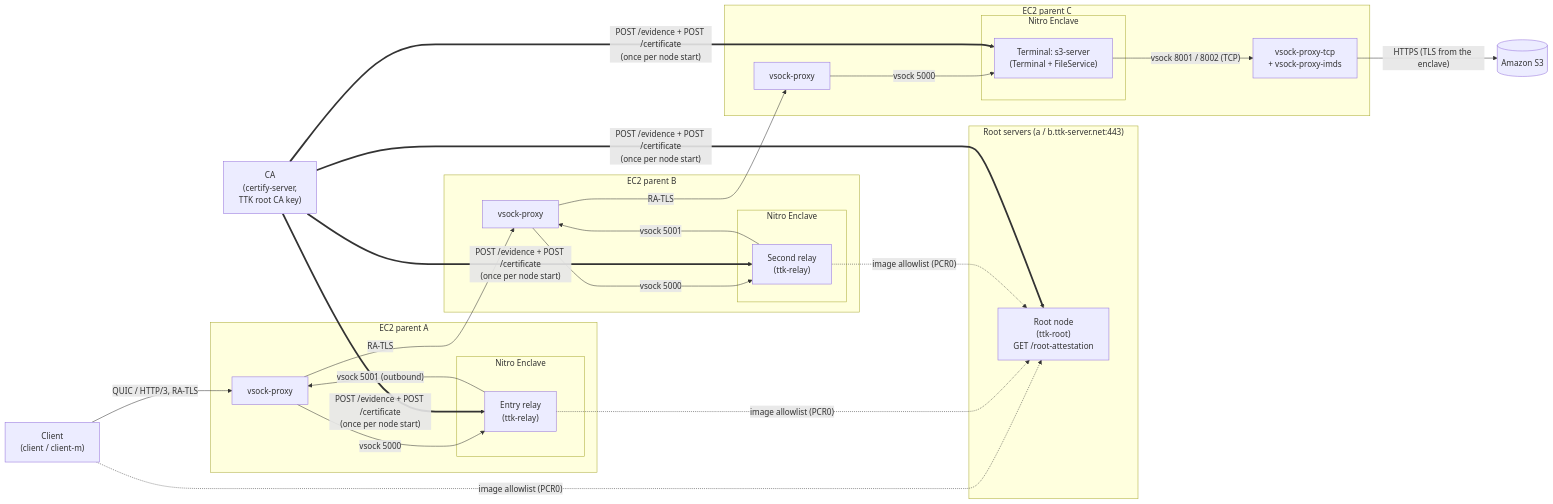
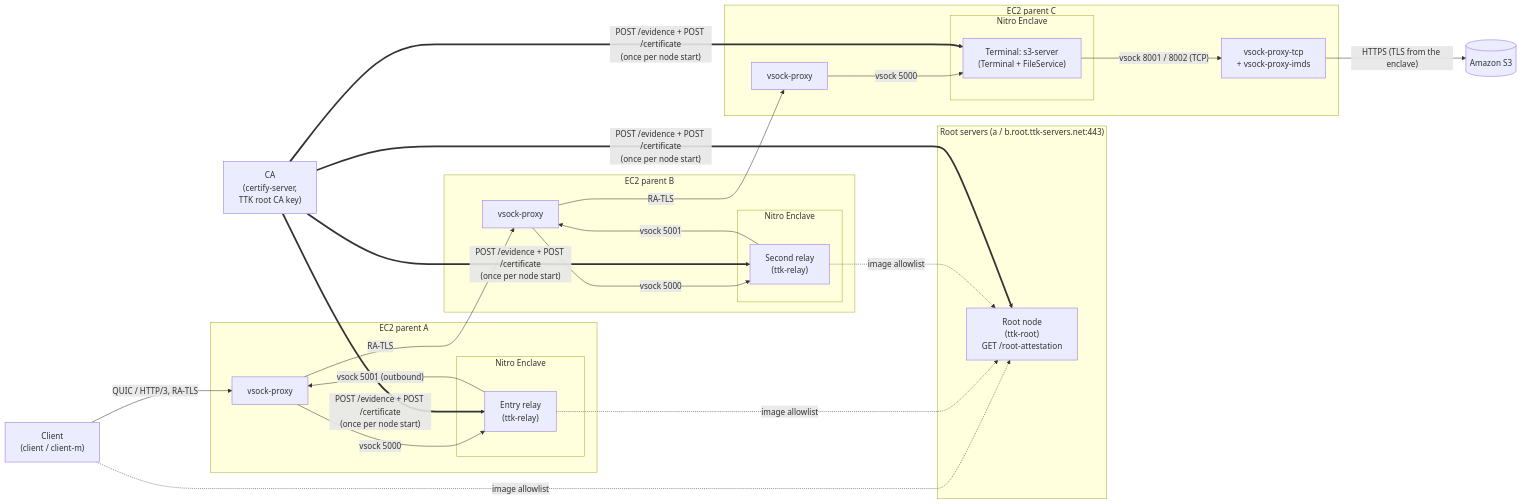
One commit to Lanetus/TTKServer changed the first of 11 diagrams in docs/src/ARCHITECTURE.md. Above: the diagram before and after it, drawn with Mermaid. The commit also changed other lines of this file and 6 other files, not shown here.

First line of the commit message:
fix: update the mdBook architecture docs to v6.5.0 (#103)

````diff
--- a/docs/src/ARCHITECTURE.md
+++ b/docs/src/ARCHITECTURE.md
@@ -35,49 +35,49 @@
 ```mermaid
 flowchart LR
     C["Client<br/>(client / client-m)"]
     CA["CA<br/>(certify-server,<br/>TTK root CA key)"]
 
-    subgraph ROOTS["Root servers (a / b.ttk-server.net:443)"]
+    subgraph ROOTS["Root servers (a / b.root.ttk-servers.net:443)"]
         RT["Root node<br/>(ttk-root)<br/>GET /root-attestation"]
     end
 
     subgraph EC2A["EC2 parent A"]
         PA["vsock-proxy"]
         subgraph ENA["Nitro Enclave"]
             R1["Entry relay<br/>(ttk-relay)"]
         end
     end
 
     subgraph EC2B["EC2 parent B"]
         PB["vsock-proxy"]
         subgraph ENB["Nitro Enclave"]
             R2["Second relay<br/>(ttk-relay)"]
         end
     end
 
     subgraph EC2C["EC2 parent C"]
         PC["vsock-proxy"]
         PT["vsock-proxy-tcp<br/>+ vsock-proxy-imds"]
         subgraph ENC["Nitro Enclave"]
             T["Terminal: s3-server<br/>(Terminal + FileService)"]
         end
     end
 
     S3[("Amazon S3")]
 
     C -- "QUIC / HTTP/3, RA-TLS" --> PA
     PA -- "vsock 5000" --> R1
     R1 -- "vsock 5001 (outbound)" --> PA
     PA -- "RA-TLS" --> PB
     PB -- "vsock 5000" --> R2
     R2 -- "vsock 5001" --> PB
     PB -- "RA-TLS" --> PC
     PC -- "vsock 5000" --> T
     T -- "vsock 8001 / 8002 (TCP)" --> PT
     PT -- "HTTPS (TLS from the enclave)" --> S3
 
-    C -. "image allowlist (PCR0)" .-> RT
-    R1 -. "image allowlist (PCR0)" .-> RT
-    R2 -. "image allowlist (PCR0)" .-> RT
+    C -. "image allowlist" .-> RT
+    R1 -. "image allowlist" .-> RT
+    R2 -. "image allowlist" .-> RT
     CA == "POST /evidence + POST /certificate<br/>(once per node start)" ==> RT & R1 & R2 & T
 ```
````
